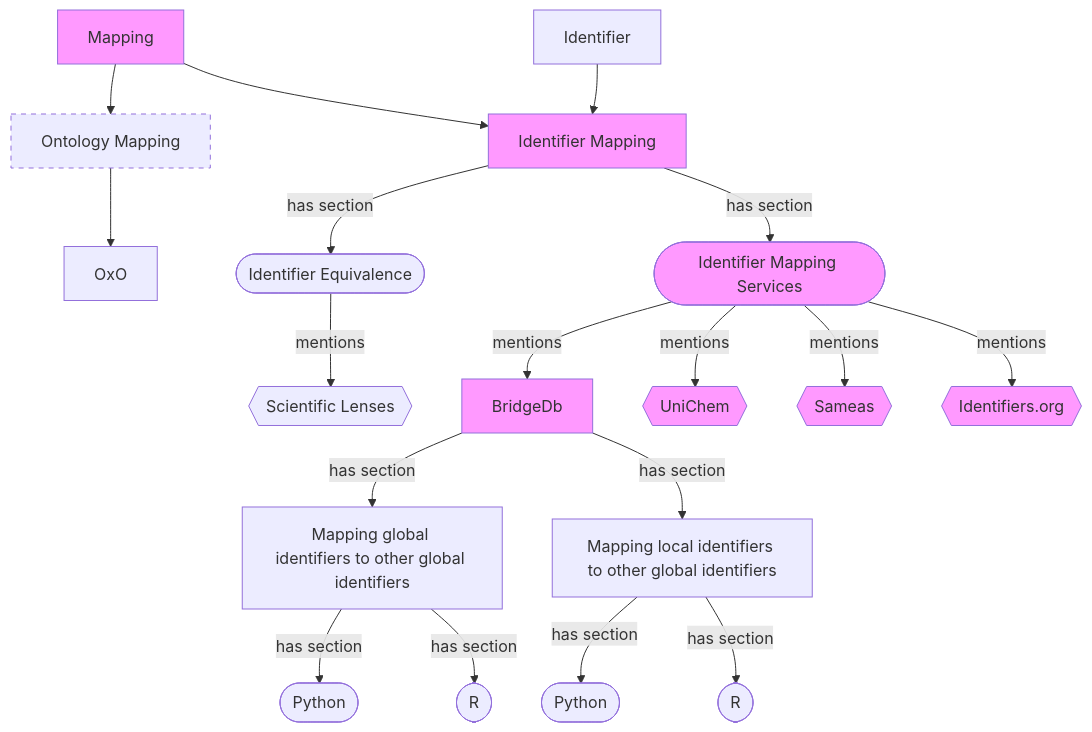
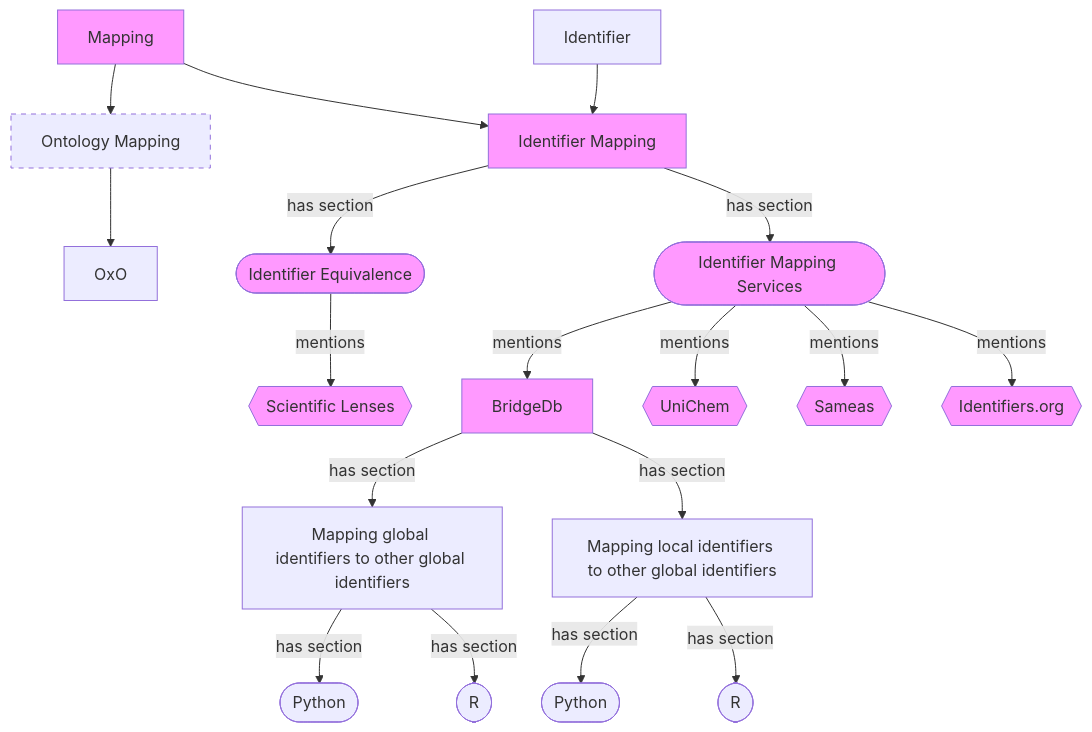
One commit to FAIRplus/the-fair-cookbook changed the first of 2 diagrams in docs/content/recipes/interoperability/identifier-mapping.md. Above: the diagram before and after it, drawn with Mermaid. The commit also changed other lines of this file, not shown here.

````diff
--- a/docs/content/recipes/interoperability/identifier-mapping.md
+++ b/docs/content/recipes/interoperability/identifier-mapping.md
@@ -85,43 +85,45 @@
 ```mermaid
     graph TB
       I[Identifier]
       I --> IM[Identifier Mapping]
       M[Mapping] --> OM[Ontology Mapping]
       OM --> OxO
 
       M --> IM
 
       IM -- has section --> IMS
 
       IM -- has section--> IE([Identifier Equivalence])
       IE -- mentions--> SL{{Scientific Lenses}}
 
       IMS([Identifier Mapping Services])
       IMS -- mentions --> BDb[BridgeDb]
       IMS -- mentions --> UniChem{{UniChem}}
       IMS -- mentions --> Sameas{{Sameas}}
       IMS -- mentions --> Identifiers{{Identifiers.org}}
 
       BDb -- has section --> MGG[Mapping global identifiers to other global identifiers]
       BDb -- has section --> MLG[Mapping local identifiers to other global identifiers]
 
       MGG -- has section --> P1([Python])
       MGG -- has section --> R1([R])
       MLG -- has section --> P2([Python])
       MLG -- has section --> R2([R])
 
         style OM stroke-dasharray: 5 5
         %% style M stroke-dasharray: 5 5
 
        classDef select fill:#f9f;
        class IM select;
        class IMS select;
        class BDb select;
        class UniChem select;
        class Sameas select;
        class Identifiers select;
        class M select;
+       class IE select;
+       class SL select;
       %% style IM fill:#f9f
       %% style I fill:#f9f
       %% style OxO fill:#f9f
 ```
````
